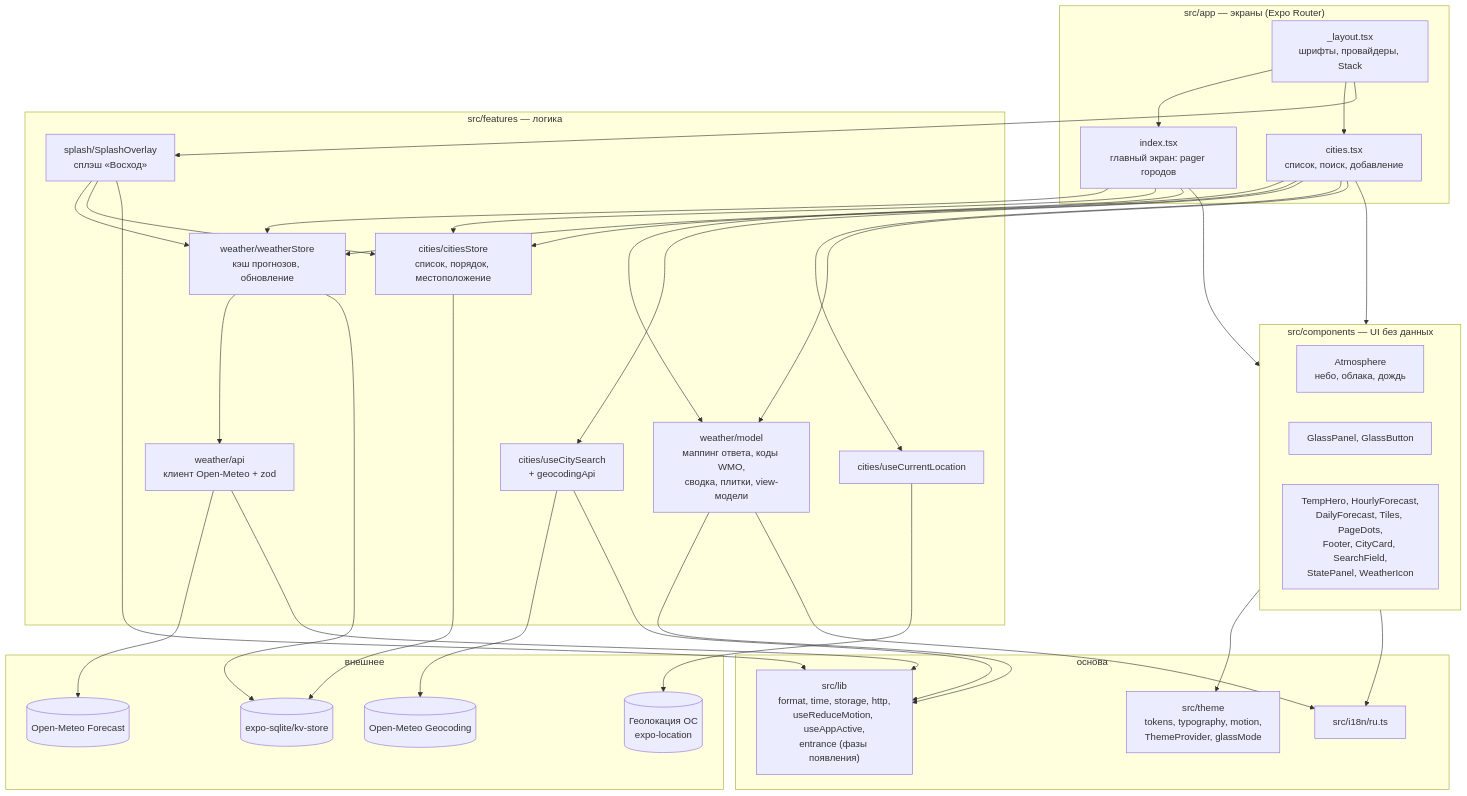
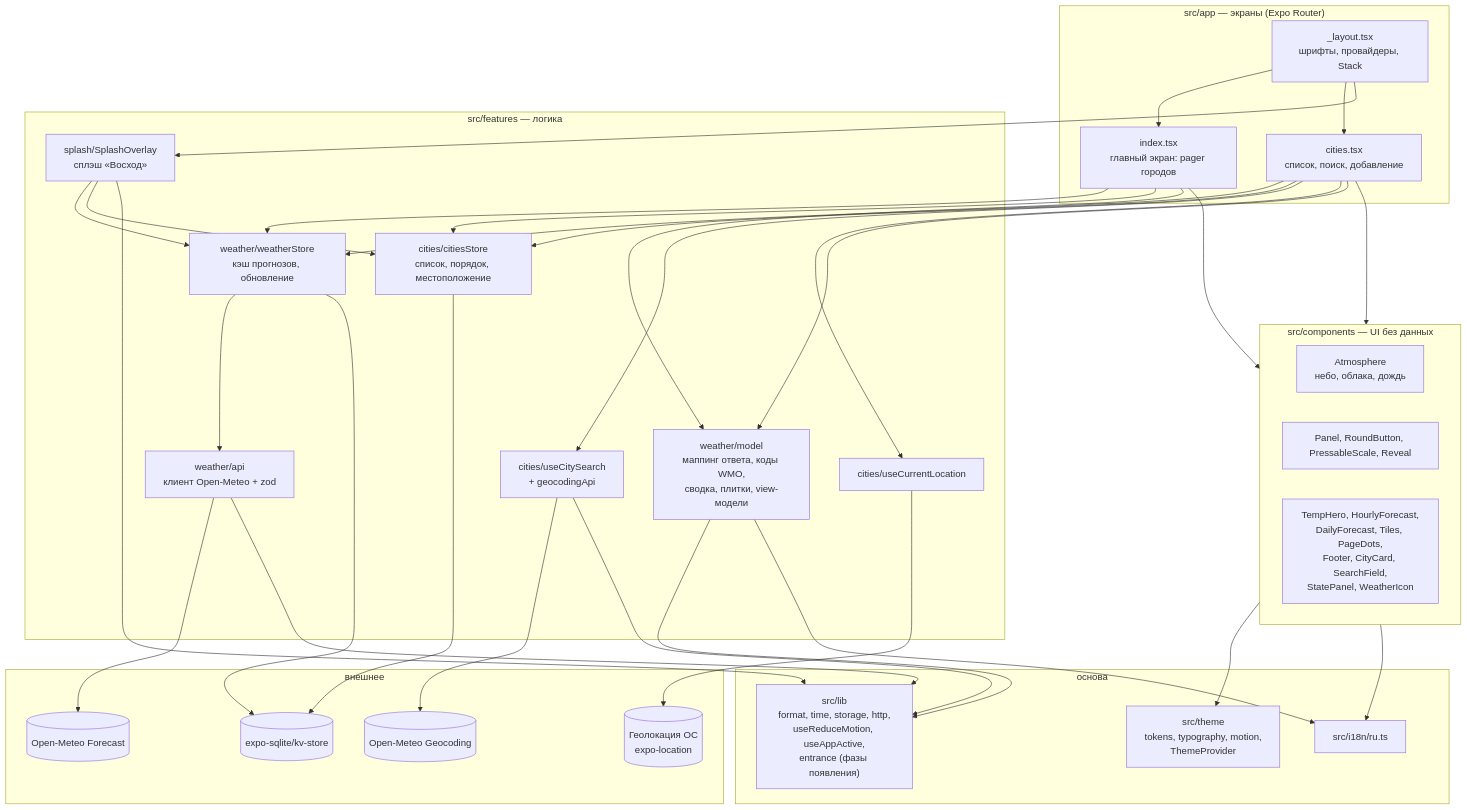
The first of 5 diagrams in docs/tech/01-architecture.md (NickFilippov/one-more-weather-app), drawn with Mermaid before and after one commit. The commit also changed other lines of this file and 15 other files, not shown here.

````diff
--- a/docs/tech/01-architecture.md
+++ b/docs/tech/01-architecture.md
@@ -15,53 +15,53 @@
 ```mermaid
 flowchart TB
   subgraph APP["src/app — экраны (Expo Router)"]
     Layout["_layout.tsx<br/>шрифты, провайдеры, Stack"]
     Main["index.tsx<br/>главный экран: pager городов"]
     Cities["cities.tsx<br/>список, поиск, добавление"]
   end
 
   subgraph COMP["src/components — UI без данных"]
     Atmos["Atmosphere<br/>небо, облака, дождь"]
-    Glass["GlassPanel, GlassButton"]
+    Panels["Panel, RoundButton, PressableScale, Reveal"]
     Blocks["TempHero, HourlyForecast,<br/>DailyForecast, Tiles, PageDots,<br/>Footer, CityCard, SearchField,<br/>StatePanel, WeatherIcon"]
   end
 
   subgraph FEAT["src/features — логика"]
     WStore["weather/weatherStore<br/>кэш прогнозов, обновление"]
     WModel["weather/model<br/>маппинг ответа, коды WMO,<br/>сводка, плитки, view-модели"]
     WApi["weather/api<br/>клиент Open-Meteo + zod"]
     CStore["cities/citiesStore<br/>список, порядок, местоположение"]
     CSearch["cities/useCitySearch<br/>+ geocodingApi"]
     CLoc["cities/useCurrentLocation"]
     Splash["splash/SplashOverlay<br/>сплэш «Восход»"]
   end
 
   subgraph BASE["основа"]
     Lib["src/lib<br/>format, time, storage, http,<br/>useReduceMotion, useAppActive,<br/>entrance (фазы появления)"]
-    Theme["src/theme<br/>tokens, typography, motion,<br/>ThemeProvider, glassMode"]
+    Theme["src/theme<br/>tokens, typography, motion,<br/>ThemeProvider"]
     I18n["src/i18n/ru.ts"]
   end
 
   subgraph EXT["внешнее"]
     OM[("Open-Meteo Forecast")]
     GEO[("Open-Meteo Geocoding")]
     OS[("Геолокация ОС<br/>expo-location")]
     KV[("expo-sqlite/kv-store")]
   end
 
   Layout --> Main & Cities & Splash
   Splash --> WStore & CStore & Lib
   Main --> COMP
   Cities --> COMP
   Main --> WStore & CStore & WModel
   Cities --> WStore & CStore & CSearch & CLoc & WModel
   COMP --> Theme & I18n
   WStore --> WApi --> OM
   WStore --> KV
   CStore --> KV
   CSearch --> GEO
   CLoc --> OS
   WApi --> Lib
   WModel --> Lib & I18n
   CSearch --> Lib
 ```
````
